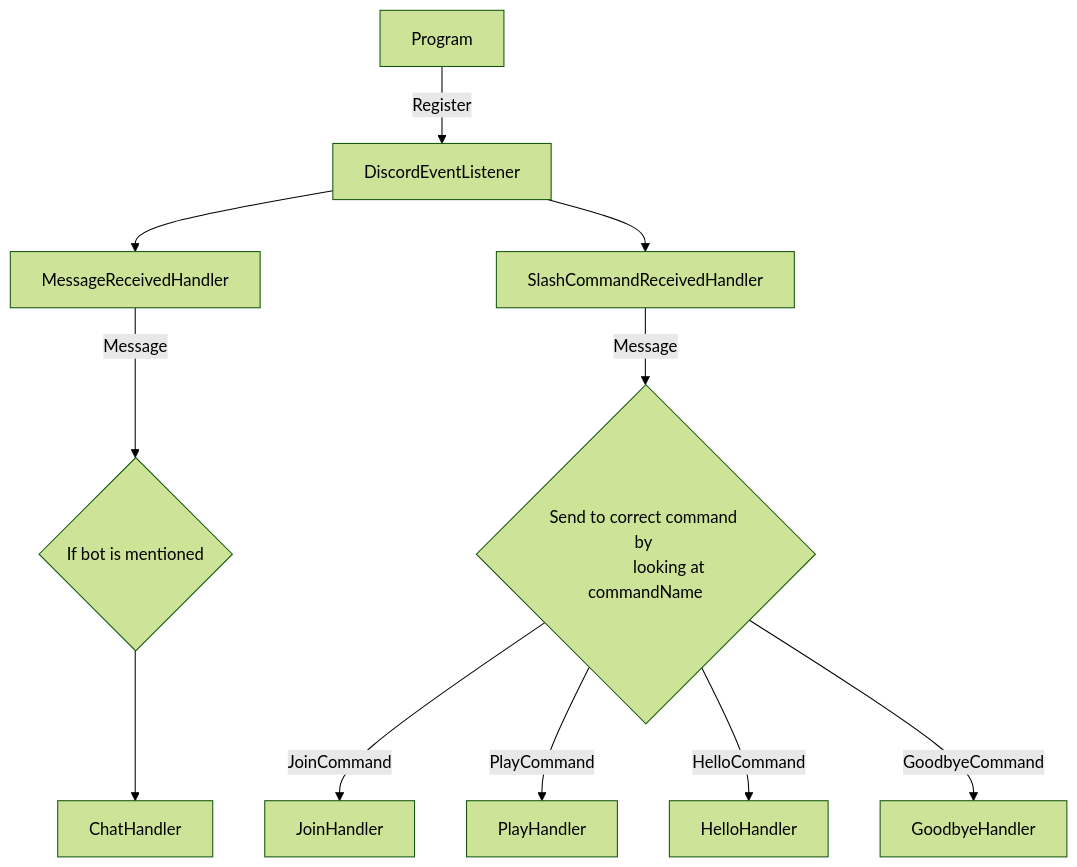
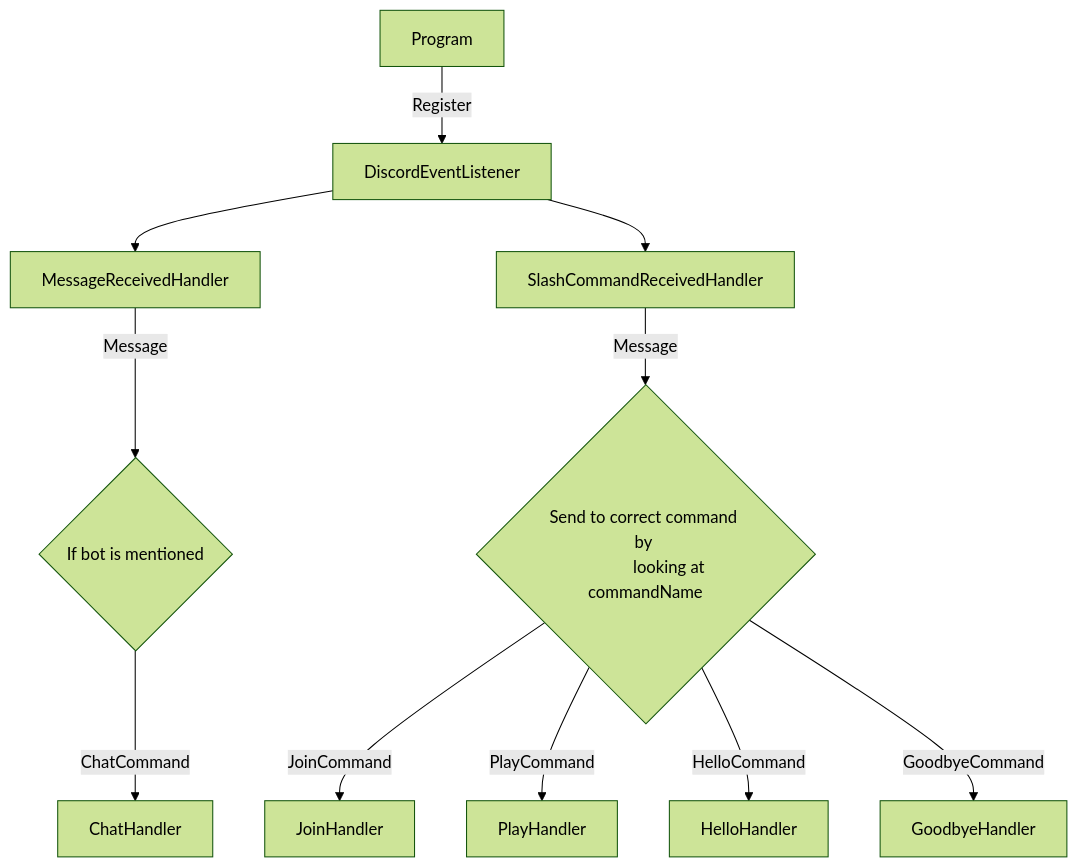
The first of 2 diagrams in Bot/README.md (Myxelium/Lunaris2.0), drawn with Mermaid (forest theme) before and after one commit.

````diff
--- a/Bot/README.md
+++ b/Bot/README.md
@@ -2,18 +2,18 @@
 ```mermaid
 flowchart TD
     Program[Program] -->|Register| EventListener
     EventListener[DiscordEventListener] --> A[MessageReceivedHandler]
 
     EventListener[DiscordEventListener] --> A2[SlashCommandReceivedHandler]
 
     A --> |Message| f{If bot is mentioned}
-    f --> v[ChatHandler]
+    f --> |ChatCommand| v[ChatHandler]
 
     A2[SlashCommandReceivedHandler] -->|Message| C{Send to correct command by 
             looking at commandName}
 
     C -->|JoinCommand| D[JoinHandler]
     C -->|PlayCommand| E[PlayHandler]
     C -->|HelloCommand| F[HelloHandler]
     C -->|GoodbyeCommand| G[GoodbyeHandler]
 ```
````
